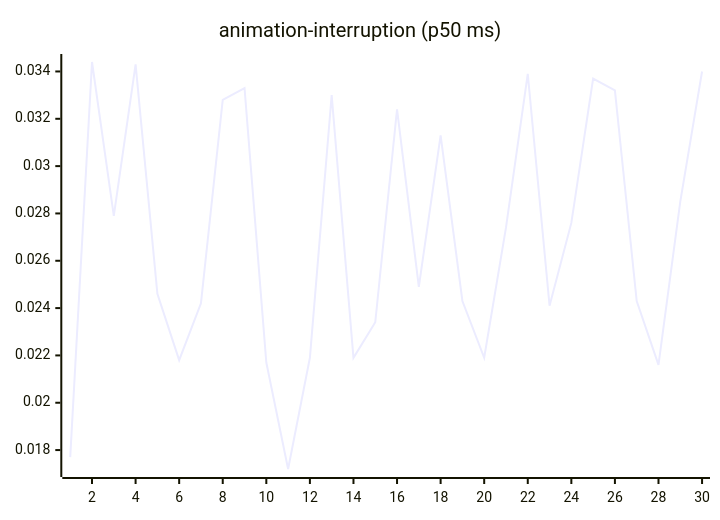
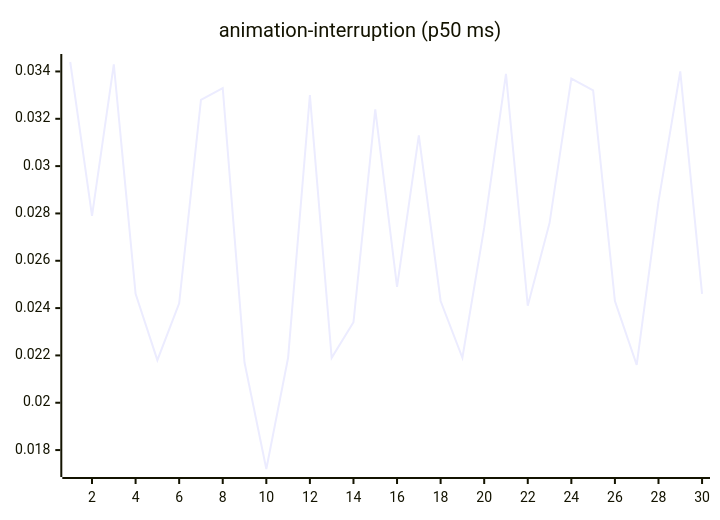
Before and after one commit to josha/Facet: the third of 27 diagrams in README.md, drawn with Mermaid. The commit also changed other lines of this file and 2 other files, not shown here.

````diff
--- a/README.md
+++ b/README.md
@@ -77,6 +77,6 @@
 ```mermaid
 xychart-beta
     title "animation-interruption (p50 ms)"
     x-axis 1 --> 30
-    line [0.0177, 0.0344, 0.0279, 0.0343, 0.0246, 0.0218, 0.0242, 0.0328, 0.0333, 0.0217, 0.0172, 0.0219, 0.0330, 0.0219, 0.0234, 0.0324, 0.0249, 0.0313, 0.0243, 0.0219, 0.0274, 0.0339, 0.0241, 0.0276, 0.0337, 0.0332, 0.0243, 0.0216, 0.0285, 0.0340]
+    line [0.0344, 0.0279, 0.0343, 0.0246, 0.0218, 0.0242, 0.0328, 0.0333, 0.0217, 0.0172, 0.0219, 0.0330, 0.0219, 0.0234, 0.0324, 0.0249, 0.0313, 0.0243, 0.0219, 0.0274, 0.0339, 0.0241, 0.0276, 0.0337, 0.0332, 0.0243, 0.0216, 0.0285, 0.0340, 0.0246]
 ```
````
